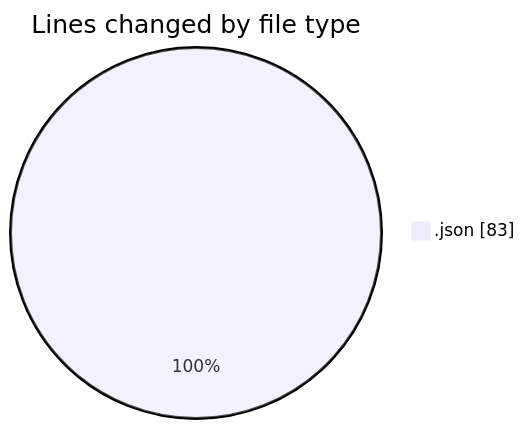
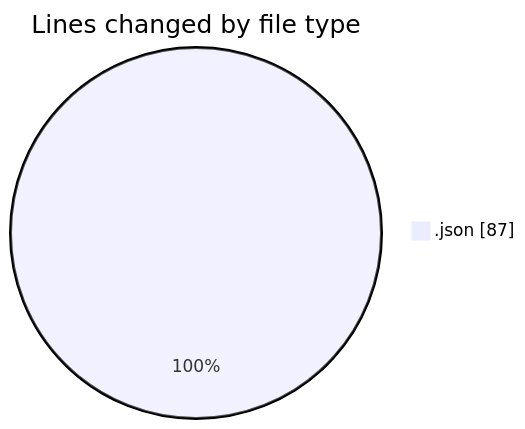
Before and after one commit to EIIisD/code-tracking: the first of 2 diagrams in 2025-07-29/refunds/README.md, drawn with Mermaid. The commit also changed other lines of this file and 1 other file, not shown here.

````diff
--- a/2025-07-29/refunds/README.md
+++ b/2025-07-29/refunds/README.md
@@ -20,5 +20,5 @@
 ```mermaid
 pie showData
 title Lines changed by file type
-".json" : 83
+".json" : 87
 ```
````
